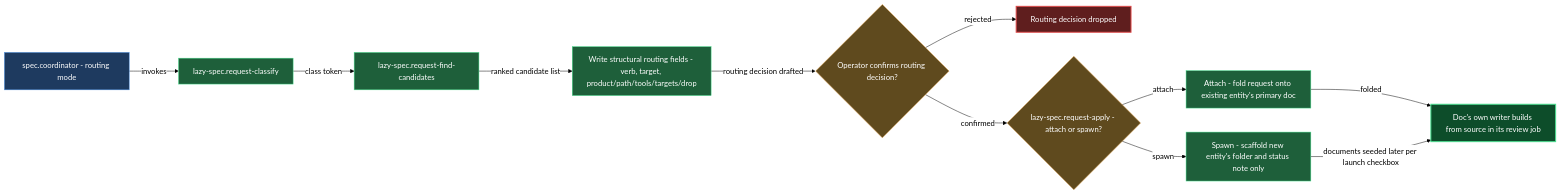
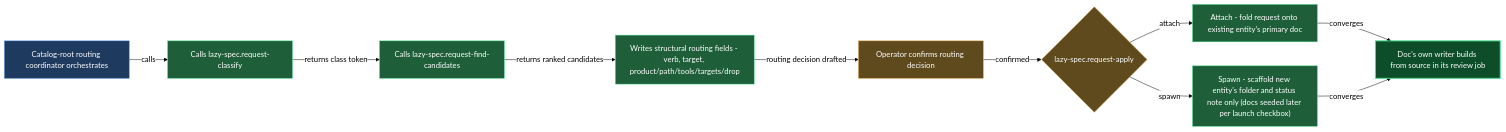
Before and after one commit to mebius-san/lazy-cortex: the diagram in claude/lazycortex-specs/help/requests.md, drawn with Mermaid. The commit also changed other lines of this file and 14 other files, not shown here.

````diff
--- a/claude/lazycortex-specs/help/requests.md
+++ b/claude/lazycortex-specs/help/requests.md
@@ -73,41 +73,38 @@
 ```mermaid
 %%{init: {'themeVariables':{'background':'transparent','lineColor':'#000','textColor':'#000','edgeLabelBackground':'#fff'},'themeCSS':'.edgeLabel{background-color:transparent!important}.edgeLabel p{background-color:transparent!important}','flowchart':{'diagramPadding':5,'useMaxWidth':true}}}%%
 flowchart LR
-  specCoordinatorRoutingMode["spec.coordinator - routing mode"]
-  requestClassify["lazy-spec.request-classify"]
-  requestFindCandidates["lazy-spec.request-find-candidates"]
-  writeRoutingFields["Write structural routing fields - verb, target, product/path/tools/targets/drop"]
-  operatorConfirms{"Operator confirms routing decision?"}
-  requestDropped["Routing decision dropped"]
-  requestApply{"lazy-spec.request-apply - attach or spawn?"}
-  attachToPrimaryDoc["Attach - fold request onto existing entity's primary doc"]
-  spawnNewEntity["Spawn - scaffold new entity's folder and status note only"]
-  writerBuildsFromSource["Doc's own writer builds from source in its review job"]
+  routingCoordinatorOrchestrates["Catalog-root routing coordinator orchestrates"]
+  callRequestClassify["Calls lazy-spec.request-classify"]
+  callFindCandidates["Calls lazy-spec.request-find-candidates"]
+  writeRoutingFields["Writes structural routing fields - verb, target, product/path/tools/targets/drop"]
+  operatorConfirmsRouting["Operator confirms routing decision"]
+  requestApply{"lazy-spec.request-apply"}
+  attachEntity["Attach - fold request onto existing entity's primary doc"]
+  spawnEntity["Spawn - scaffold new entity's folder and status note only (docs seeded later per launch checkbox)"]
+  reviewJobBuildsDoc["Doc's own writer builds from source in its review job"]
 
-  specCoordinatorRoutingMode -->|invokes| requestClassify
-  requestClassify -->|class token| requestFindCandidates
-  requestFindCandidates -->|ranked candidate list| writeRoutingFields
-  writeRoutingFields -->|routing decision drafted| operatorConfirms
-  operatorConfirms -->|rejected| requestDropped
-  operatorConfirms -->|confirmed| requestApply
-  requestApply -->|attach| attachToPrimaryDoc
-  requestApply -->|spawn| spawnNewEntity
-  attachToPrimaryDoc -->|folded| writerBuildsFromSource
-  spawnNewEntity -->|documents seeded later per launch checkbox| writerBuildsFromSource
+  routingCoordinatorOrchestrates -->|calls| callRequestClassify
+  callRequestClassify -->|returns class token| callFindCandidates
+  callFindCandidates -->|returns ranked candidates| writeRoutingFields
+  writeRoutingFields -->|routing decision drafted| operatorConfirmsRouting
+  operatorConfirmsRouting -->|confirmed| requestApply
+  requestApply -->|attach| attachEntity
+  requestApply -->|spawn| spawnEntity
+  attachEntity -->|converges| reviewJobBuildsDoc
+  spawnEntity -->|converges| reviewJobBuildsDoc
 
   classDef entry fill:#1e3a5f,stroke:#4a90e2,color:#fff
   classDef guard fill:#5f4a1e,stroke:#e2a14a,color:#fff
   classDef action fill:#1e5f3a,stroke:#4ae290,color:#fff
   classDef success fill:#0d4d2a,stroke:#4ae290,color:#fff,stroke-width:2px
-  classDef error fill:#5f1e1e,stroke:#e24a4a,color:#fff,stroke-width:2px
-  class specCoordinatorRoutingMode entry
-  class requestClassify action
-  class requestFindCandidates action
+
+  class routingCoordinatorOrchestrates entry
+  class callRequestClassify action
+  class callFindCandidates action
   class writeRoutingFields action
-  class operatorConfirms guard
+  class operatorConfirmsRouting guard
   class requestApply guard
-  class attachToPrimaryDoc action
-  class spawnNewEntity action
-  class writerBuildsFromSource success
-  class requestDropped error
+  class attachEntity action
+  class spawnEntity action
+  class reviewJobBuildsDoc success
 ```
````
